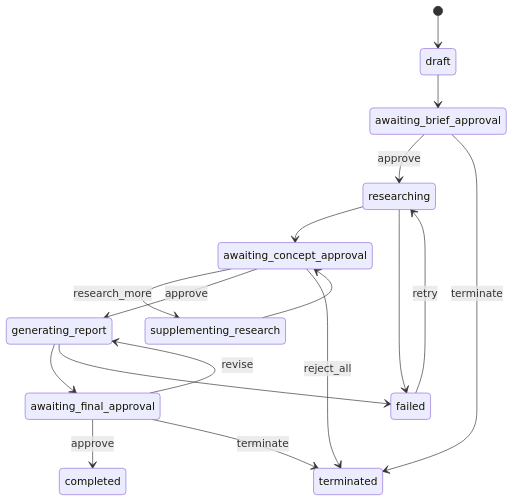
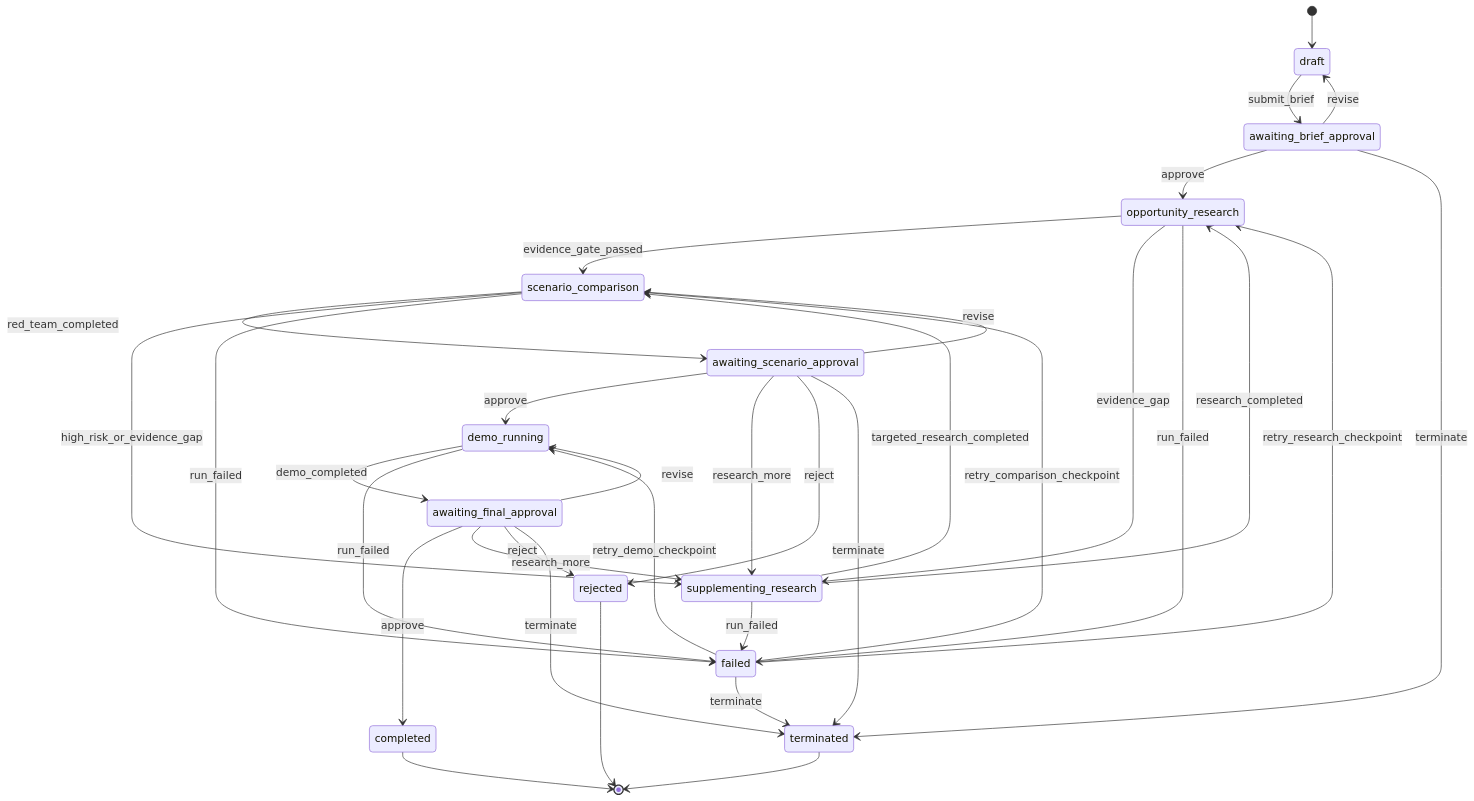
Before and after one commit to lnkloveating/agentinsight-eufy: the diagram in docs/state-machine.md, drawn with Mermaid. The commit also changed other lines of this file and 3 other files, not shown here.

````diff
--- a/docs/state-machine.md
+++ b/docs/state-machine.md
@@ -3,19 +5,44 @@
 ```mermaid
 stateDiagram-v2
     [*] --> draft
-    draft --> awaiting_brief_approval
-    awaiting_brief_approval --> researching: approve
+    draft --> awaiting_brief_approval: submit_brief
+    awaiting_brief_approval --> draft: revise
+    awaiting_brief_approval --> opportunity_research: approve
     awaiting_brief_approval --> terminated: terminate
-    researching --> awaiting_concept_approval
-    researching --> failed
-    failed --> researching: retry
-    awaiting_concept_approval --> supplementing_research: research_more
-    supplementing_research --> awaiting_concept_approval
-    awaiting_concept_approval --> generating_report: approve
-    awaiting_concept_approval --> terminated: reject_all
-    generating_report --> awaiting_final_approval
-    generating_report --> failed
-    awaiting_final_approval --> generating_report: revise
+
+    opportunity_research --> scenario_comparison: evidence_gate_passed
+    opportunity_research --> supplementing_research: evidence_gap
+    opportunity_research --> failed: run_failed
+
+    supplementing_research --> opportunity_research: research_completed
+    supplementing_research --> scenario_comparison: targeted_research_completed
+    supplementing_research --> failed: run_failed
+
+    scenario_comparison --> awaiting_scenario_approval: red_team_completed
+    scenario_comparison --> supplementing_research: high_risk_or_evidence_gap
+    scenario_comparison --> failed: run_failed
+
+    awaiting_scenario_approval --> demo_running: approve
+    awaiting_scenario_approval --> supplementing_research: research_more
+    awaiting_scenario_approval --> scenario_comparison: revise
+    awaiting_scenario_approval --> rejected: reject
+    awaiting_scenario_approval --> terminated: terminate
+
+    demo_running --> awaiting_final_approval: demo_completed
+    demo_running --> failed: run_failed
+
     awaiting_final_approval --> completed: approve
+    awaiting_final_approval --> supplementing_research: research_more
+    awaiting_final_approval --> demo_running: revise
+    awaiting_final_approval --> rejected: reject
     awaiting_final_approval --> terminated: terminate
+
+    failed --> opportunity_research: retry_research_checkpoint
+    failed --> scenario_comparison: retry_comparison_checkpoint
+    failed --> demo_running: retry_demo_checkpoint
+    failed --> terminated: terminate
+
+    completed --> [*]
+    rejected --> [*]
+    terminated --> [*]
 ```
````
